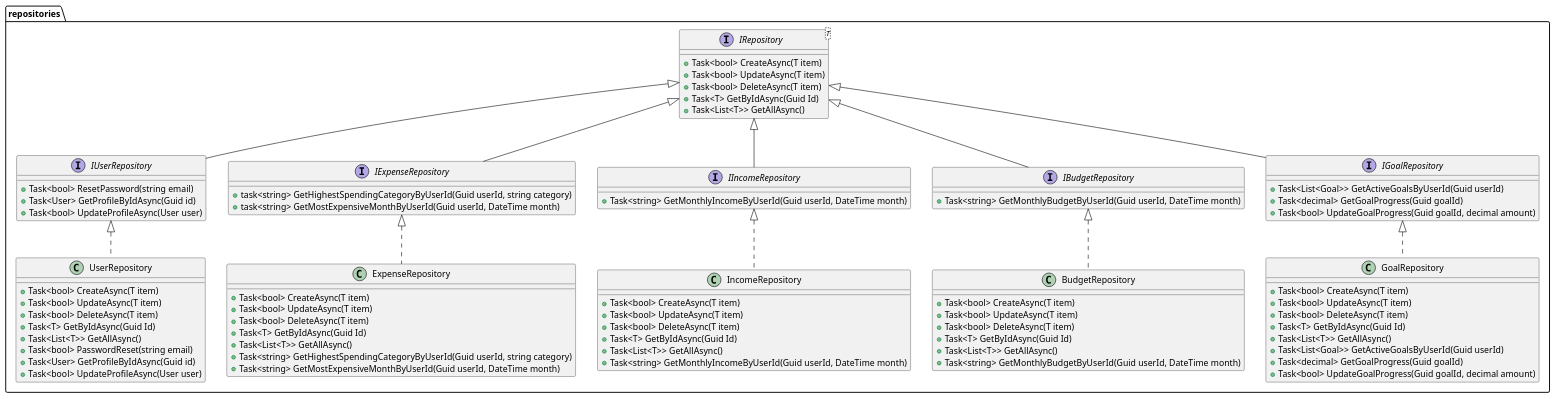
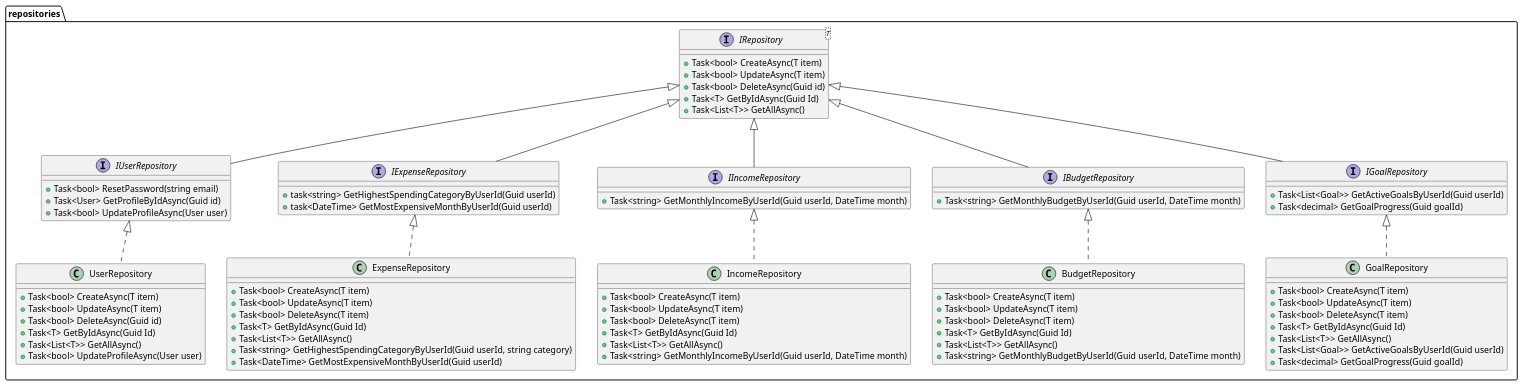
Before and after one commit to programacion-6/ExpenseTrackerGroup3: the diagram in Design/repositories.puml, drawn with PlantUML. The commit also changed 2 other files, not shown here.

```diff
--- a/Design/repositories.puml
+++ b/Design/repositories.puml
@@ -1,88 +1,84 @@
 @startuml repositories
 
 package "repositories" {
     interface IRepository<T> {
         + Task<bool> CreateAsync(T item)
         + Task<bool> UpdateAsync(T item)
-        + Task<bool> DeleteAsync(T item)
+        + Task<bool> DeleteAsync(Guid id)
         + Task<T> GetByIdAsync(Guid Id)
         + Task<List<T>> GetAllAsync()
     }
 
     interface IUserRepository extends IRepository {
         + Task<bool> ResetPassword(string email)
         + Task<User> GetProfileByIdAsync(Guid id)
         + Task<bool> UpdateProfileAsync(User user)
     }
 
     class UserRepository implements IUserRepository {
         + Task<bool> CreateAsync(T item)
         + Task<bool> UpdateAsync(T item)
-        + Task<bool> DeleteAsync(T item)
+        + Task<bool> DeleteAsync(Guid id)
         + Task<T> GetByIdAsync(Guid Id)
         + Task<List<T>> GetAllAsync()
-        + Task<bool> PasswordReset(string email)
-        + Task<User> GetProfileByIdAsync(Guid id)
         + Task<bool> UpdateProfileAsync(User user)
     }
 
     interface IExpenseRepository extends IRepository {
-        + task<string> GetHighestSpendingCategoryByUserId(Guid userId, string category)
-        + task<string> GetMostExpensiveMonthByUserId(Guid userId, DateTime month)
+        + task<string> GetHighestSpendingCategoryByUserId(Guid userId)
+        + task<DateTime> GetMostExpensiveMonthByUserId(Guid userId)
     }
 
     class ExpenseRepository implements IExpenseRepository {
         + Task<bool> CreateAsync(T item)
         + Task<bool> UpdateAsync(T item)
         + Task<bool> DeleteAsync(T item)
         + Task<T> GetByIdAsync(Guid Id)
         + Task<List<T>> GetAllAsync()
         + Task<string> GetHighestSpendingCategoryByUserId(Guid userId, string category)
-        + Task<string> GetMostExpensiveMonthByUserId(Guid userId, DateTime month)
+        + Task<DateTime> GetMostExpensiveMonthByUserId(Guid userId)
     }
 
     interface IIncomeRepository extends IRepository {
         + Task<string> GetMonthlyIncomeByUserId(Guid userId, DateTime month)
     }
 
     class IncomeRepository implements IIncomeRepository {
         + Task<bool> CreateAsync(T item)
         + Task<bool> UpdateAsync(T item)
         + Task<bool> DeleteAsync(T item)
         + Task<T> GetByIdAsync(Guid Id)
         + Task<List<T>> GetAllAsync()
         + Task<string> GetMonthlyIncomeByUserId(Guid userId, DateTime month)
     }
 
     interface IBudgetRepository extends IRepository {
         + Task<string> GetMonthlyBudgetByUserId(Guid userId, DateTime month)
     }
 
     class BudgetRepository implements IBudgetRepository {
         + Task<bool> CreateAsync(T item)
         + Task<bool> UpdateAsync(T item)
         + Task<bool> DeleteAsync(T item)
         + Task<T> GetByIdAsync(Guid Id)
         + Task<List<T>> GetAllAsync()
         + Task<string> GetMonthlyBudgetByUserId(Guid userId, DateTime month)
     }
 
     interface IGoalRepository extends IRepository {
         + Task<List<Goal>> GetActiveGoalsByUserId(Guid userId)
         + Task<decimal> GetGoalProgress(Guid goalId)
-        + Task<bool> UpdateGoalProgress(Guid goalId, decimal amount)
     }
 
     class GoalRepository implements IGoalRepository {
         + Task<bool> CreateAsync(T item)
         + Task<bool> UpdateAsync(T item)
         + Task<bool> DeleteAsync(T item)
         + Task<T> GetByIdAsync(Guid Id)
         + Task<List<T>> GetAllAsync()
         + Task<List<Goal>> GetActiveGoalsByUserId(Guid userId)
         + Task<decimal> GetGoalProgress(Guid goalId)
-        + Task<bool> UpdateGoalProgress(Guid goalId, decimal amount)
     }
 }
 
 @enduml
```
